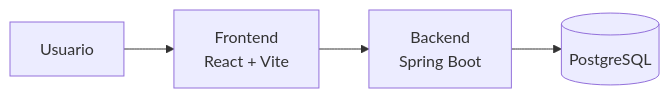
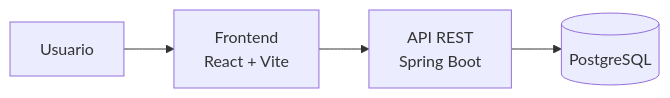
The first of 3 diagrams in README.md (DirPipe/AILifeQuest), drawn with Mermaid before and after one commit. The commit also changed other lines of this file, not shown here.

Commit message:
Se actualizaron los flujos de uso, la API y las tecnologías del README principal

````diff
--- a/README.md
+++ b/README.md
@@ -19,6 +26,6 @@
 ```mermaid
 flowchart LR
   Usuario[Usuario] --> Frontend[Frontend<br/>React + Vite]
-  Frontend --> API[Backend<br/>Spring Boot]
+  Frontend --> API[API REST<br/>Spring Boot]
   API --> DB[(PostgreSQL)]
 ```
````
